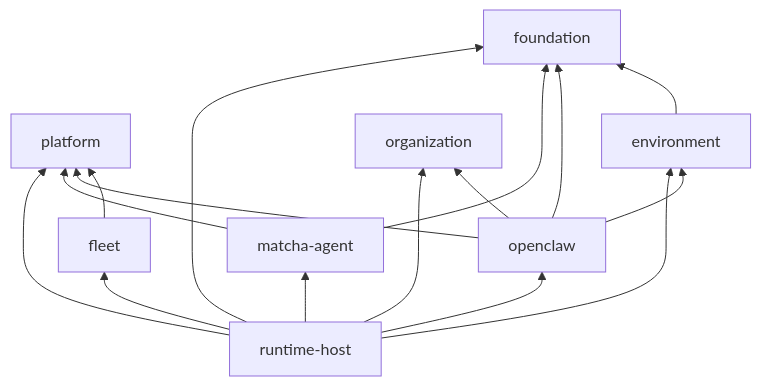
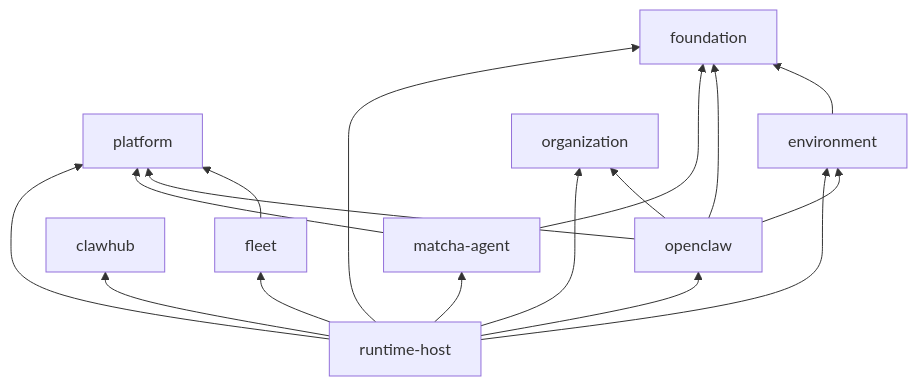
Before and after one commit to hellowKeyzj/Matcha-claw: the fourth of 6 diagrams in docs/architecture/layered-architecture.md, drawn with Mermaid. The commit also changed other lines of this file and 475 other files, not shown here.

````diff
--- a/docs/architecture/layered-architecture.md
+++ b/docs/architecture/layered-architecture.md
@@ -249,27 +297,29 @@
 ```mermaid
 flowchart BT
   Foundation[foundation]
   Platform[platform]
   Environment[environment]
   Fleet[fleet]
   Organization[organization]
+  ClawHub[clawhub]
   OpenClaw[openclaw]
   Matcha[matcha-agent]
   Host[runtime-host]
 
   Environment --> Foundation
   Fleet --> Platform
   OpenClaw --> Foundation
   OpenClaw --> Platform
   OpenClaw --> Environment
   OpenClaw --> Organization
   Matcha --> Foundation
   Matcha --> Platform
   Host --> Foundation
   Host --> Platform
   Host --> Environment
   Host --> Fleet
   Host --> Organization
+  Host --> ClawHub
   Host --> OpenClaw
   Host --> Matcha
 ```
````
